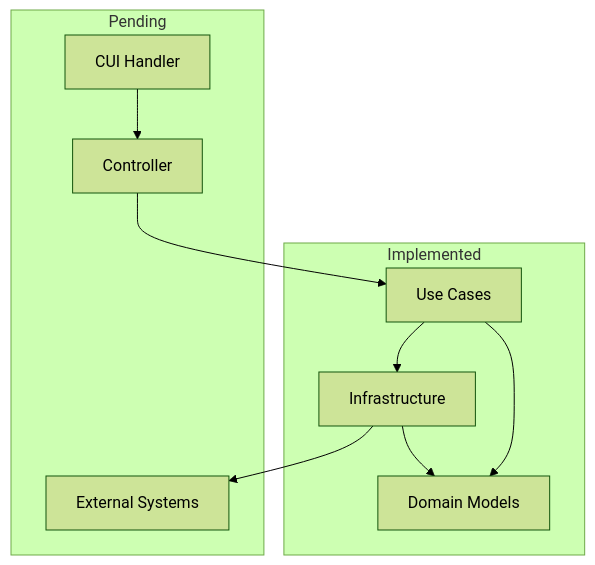
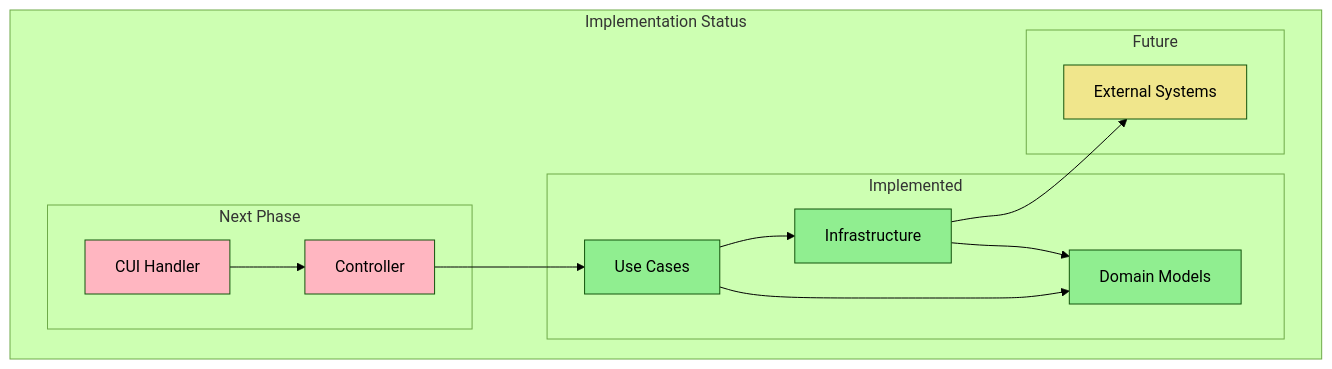
One commit to toriwasa/clline-python-sample changed the diagram in memory-bank/systemPatterns.md. Above: the diagram before and after it, drawn with Mermaid (forest theme). The commit also changed other lines of this file and 2 other files, not shown here.

Commit message:
memory bank 更新

````diff
--- a/memory-bank/systemPatterns.md
+++ b/memory-bank/systemPatterns.md
@@ -74,21 +74,33 @@
 ```mermaid
 flowchart TD
     CLI[CUI Handler] --> CTRL[Controller]
     CTRL --> UC[Use Cases]
     UC --> DM[Domain Models]
     UC --> INFRA[Infrastructure]
     INFRA --> DM
     INFRA --> EXT[External Systems]
 
-    subgraph Implemented
-        DM
-        UC
-        INFRA
+    subgraph Implementation Status
+        subgraph Implemented
+            DM[Domain Models]
+            UC[Use Cases]
+            INFRA[Infrastructure]
+        end
+
+        subgraph Next Phase
+            CLI[CUI Handler]
+            CTRL[Controller]
+        end
+
+        subgraph Future
+            EXT[External Systems]
+        end
     end
 
-    subgraph Pending
-        CLI
-        CTRL
-        EXT
-    end
+    style DM fill:#90EE90
+    style UC fill:#90EE90
+    style INFRA fill:#90EE90
+    style CLI fill:#FFB6C1
+    style CTRL fill:#FFB6C1
+    style EXT fill:#F0E68C
 ```
````
